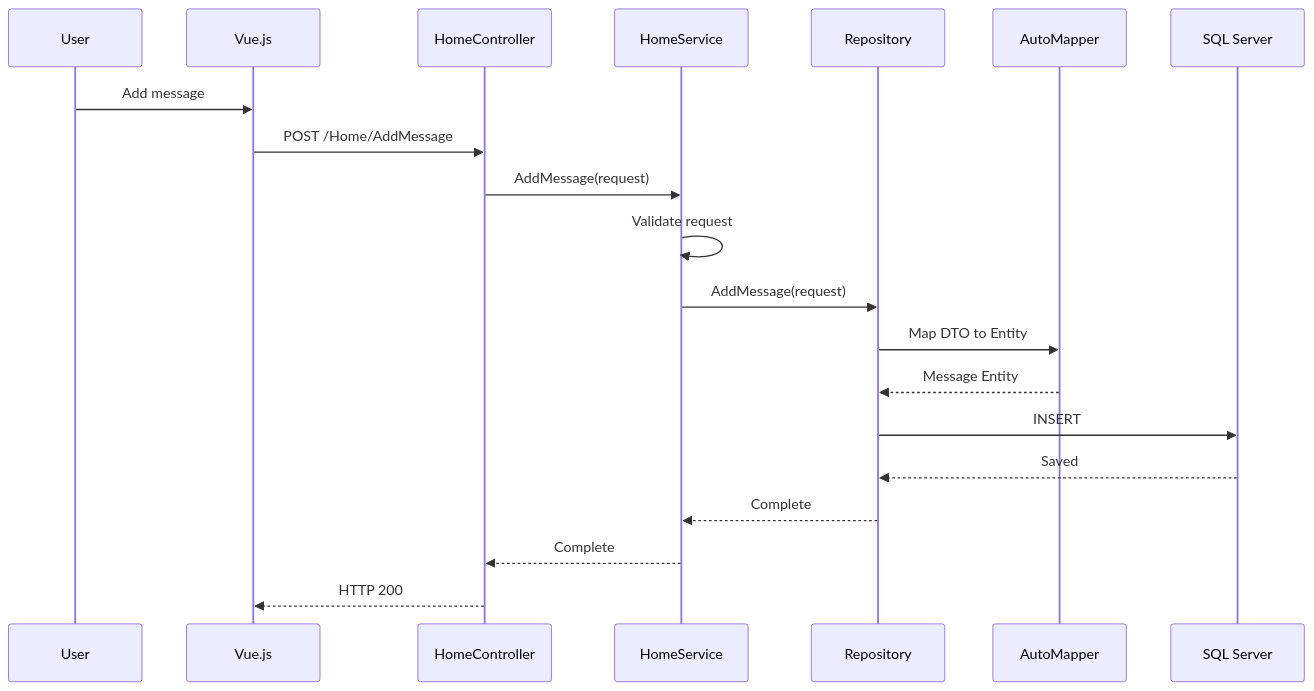
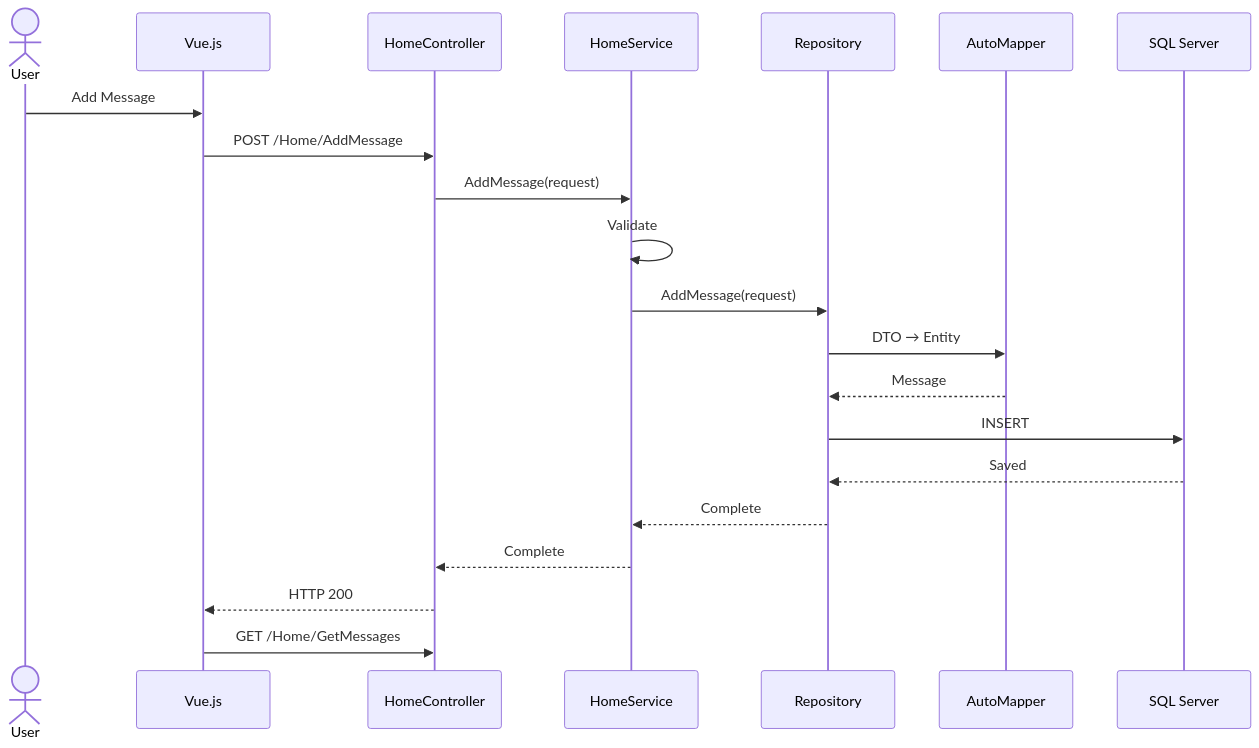
Before and after one commit to lemonwasp/dotnet-study: the fourth of 6 diagrams in README.md, drawn with Mermaid. The commit also changed other lines of this file, not shown here.

````diff
--- a/README.md
+++ b/README.md
@@ -340,23 +381,29 @@
 ```mermaid
 sequenceDiagram
-    participant U as User
-    participant V as Vue.js
-    participant C as HomeController
-    participant S as HomeService
-    participant R as Repository
-    participant M as AutoMapper
+    actor User
+    participant Vue as Vue.js
+    participant Controller as HomeController
+    participant Service as HomeService
+    participant Repository as Repository
+    participant Mapper as AutoMapper
     participant DB as SQL Server
 
-    U->>V: Add message
-    V->>C: POST /Home/AddMessage
-    C->>S: AddMessage(request)
-    S->>S: Validate request
-    S->>R: AddMessage(request)
-    R->>M: Map DTO to Entity
-    M-->>R: Message Entity
-    R->>DB: INSERT
-    DB-->>R: Saved
-    R-->>S: Complete
-    S-->>C: Complete
-    C-->>V: HTTP 200
+    User->>Vue: Add Message
+    Vue->>Controller: POST /Home/AddMessage
+
+    Controller->>Service: AddMessage(request)
+    Service->>Service: Validate
+
+    Service->>Repository: AddMessage(request)
+    Repository->>Mapper: DTO → Entity
+    Mapper-->>Repository: Message
+
+    Repository->>DB: INSERT
+    DB-->>Repository: Saved
+
+    Repository-->>Service: Complete
+    Service-->>Controller: Complete
+    Controller-->>Vue: HTTP 200
+
+    Vue->>Controller: GET /Home/GetMessages
 ```
````
